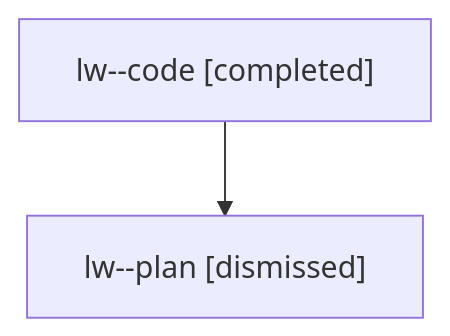
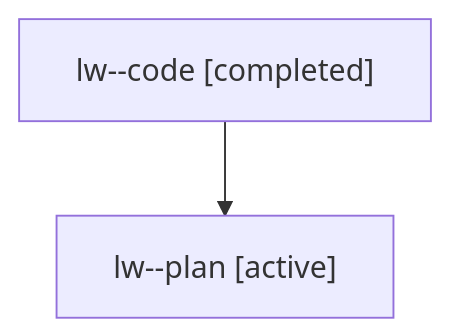
One commit to sase-org/sase--agents changed the diagram in families/bbugyi200.athena.lw.md. Above: the diagram before and after it, drawn with Mermaid. The commit also changed other lines of this file and 5813 other files, not shown here.

````diff
--- a/families/bbugyi200.athena.lw.md
+++ b/families/bbugyi200.athena.lw.md
@@ -9,6 +9,6 @@
 ```mermaid
 flowchart TD
   n0["lw--code [completed]"]
-  n1["lw--plan [dismissed]"]
+  n1["lw--plan [active]"]
   n0 --> n1
 ```
````
